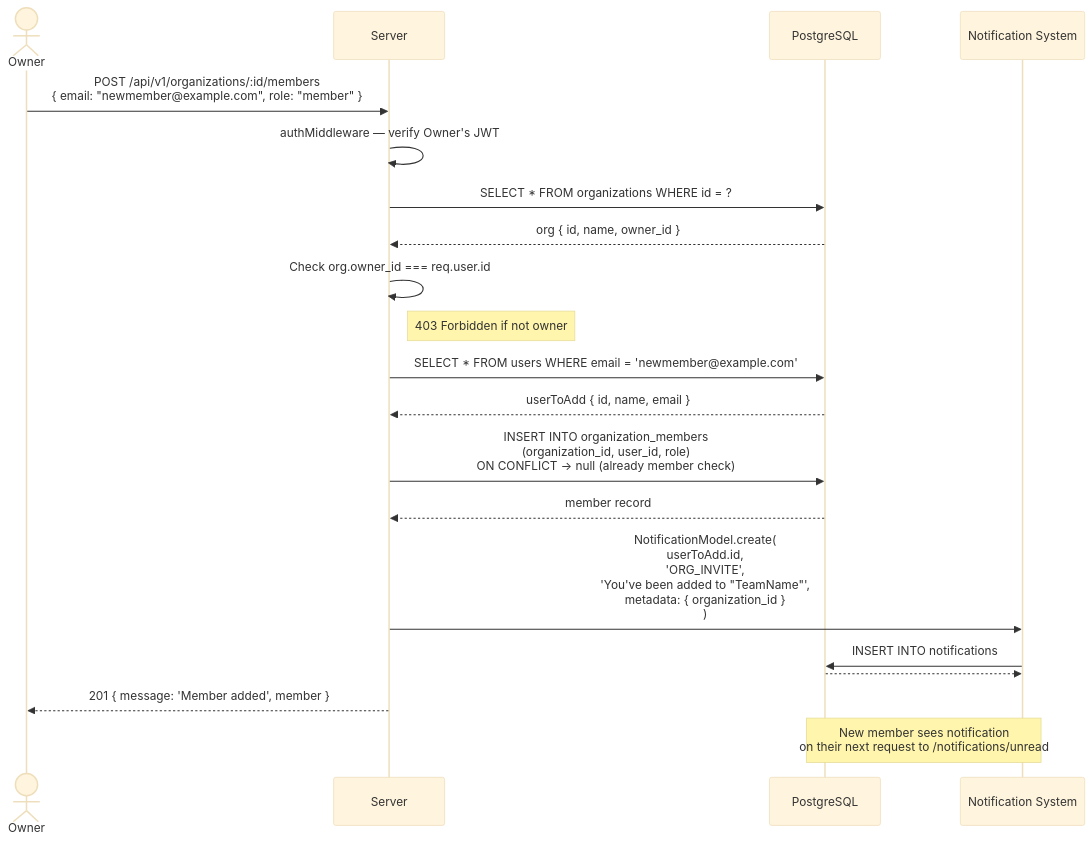
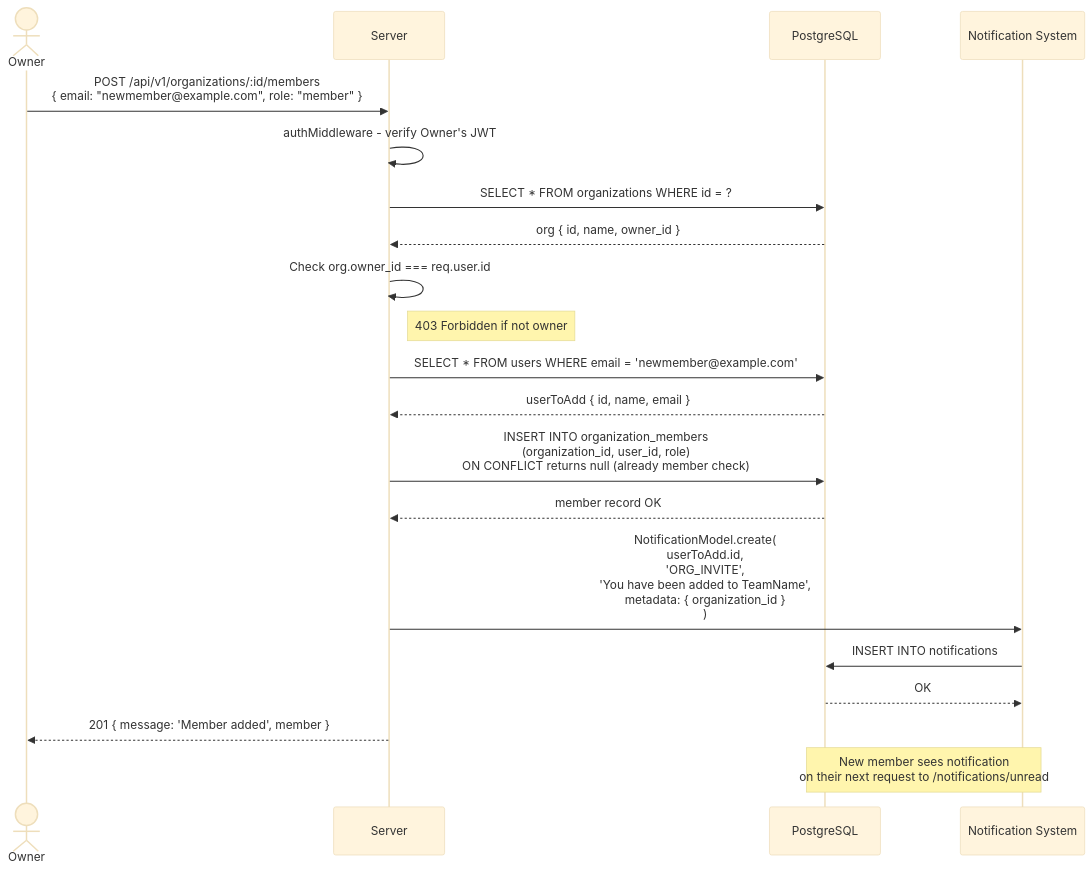
Before and after one commit to Ochanda-Charles/Event-scheduling-system: the sixth of 15 diagrams in README.md, drawn with Mermaid (base theme). The commit also changed other lines of this file, not shown here.

Commit message:
docs: fix mermaid diagram rendering with proper indentation and syntax

````diff
--- a/README.md
+++ b/README.md
@@ -346,31 +346,31 @@
 ```mermaid
 sequenceDiagram
- actor Owner
- participant Server
- participant DB as PostgreSQL
- participant Notifications as Notification System
+    actor Owner
+    participant Server
+    participant DB as PostgreSQL
+    participant Notifications as Notification System
 
- Owner->>Server: POST /api/v1/organizations/:id/members<br/>{ email: "newmember@example.com", role: "member" }
+    Owner->>Server: POST /api/v1/organizations/:id/members<br/>{ email: "newmember@example.com", role: "member" }
 
- Server->>Server: authMiddleware — verify Owner's JWT
+    Server->>Server: authMiddleware - verify Owner's JWT
 
- Server->>DB: SELECT * FROM organizations WHERE id = ?
- DB-->>Server: org { id, name, owner_id }
+    Server->>DB: SELECT * FROM organizations WHERE id = ?
+    DB-->>Server: org { id, name, owner_id }
 
- Server->>Server: Check org.owner_id === req.user.id
- Note right of Server: 403 Forbidden if not owner
+    Server->>Server: Check org.owner_id === req.user.id
+    Note right of Server: 403 Forbidden if not owner
 
- Server->>DB: SELECT * FROM users WHERE email = 'newmember@example.com'
- DB-->>Server: userToAdd { id, name, email }
+    Server->>DB: SELECT * FROM users WHERE email = 'newmember@example.com'
+    DB-->>Server: userToAdd { id, name, email }
 
- Server->>DB: INSERT INTO organization_members<br/>(organization_id, user_id, role)<br/>ON CONFLICT → null (already member check)
- DB-->>Server: member record 
+    Server->>DB: INSERT INTO organization_members<br/>(organization_id, user_id, role)<br/>ON CONFLICT returns null (already member check)
+    DB-->>Server: member record OK
 
- Server->>Notifications: NotificationModel.create(<br/> userToAdd.id,<br/> 'ORG_INVITE',<br/> 'You've been added to "TeamName"',<br/> metadata: { organization_id }<br/>)
- Notifications->>DB: INSERT INTO notifications
- DB-->>Notifications: 
+    Server->>Notifications: NotificationModel.create(<br/>userToAdd.id,<br/>'ORG_INVITE',<br/>'You have been added to TeamName',<br/>metadata: { organization_id }<br/>)
+    Notifications->>DB: INSERT INTO notifications
+    DB-->>Notifications: OK
 
- Server-->>Owner: 201 { message: 'Member added', member }
+    Server-->>Owner: 201 { message: 'Member added', member }
 
- Note over DB,Notifications: New member sees notification<br/>on their next request to /notifications/unread
+    Note over DB,Notifications: New member sees notification<br/>on their next request to /notifications/unread
 ```
````
